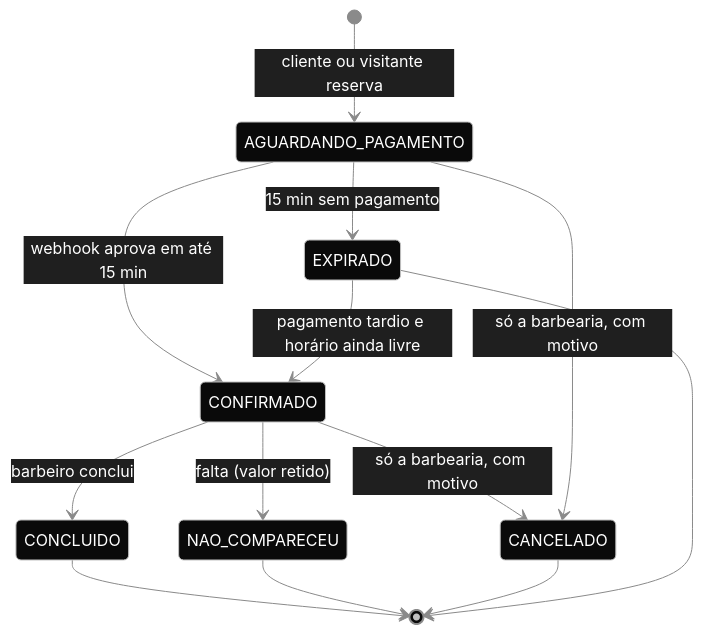
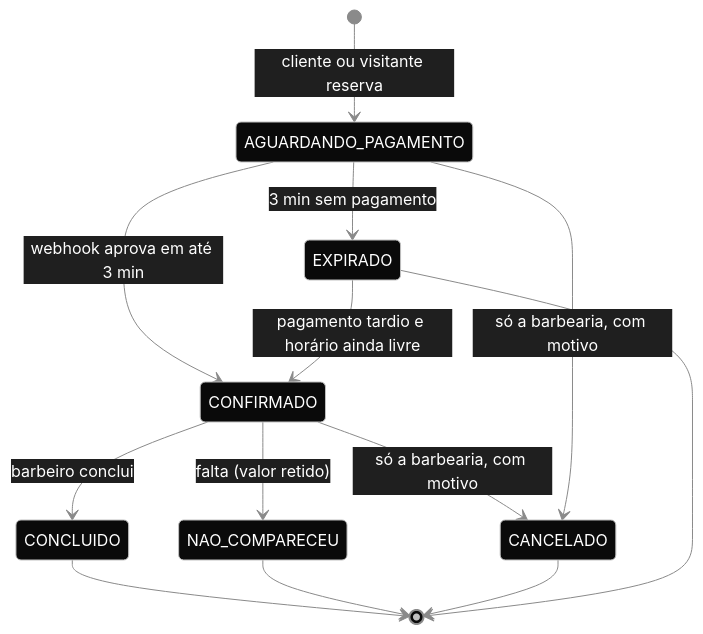
Before and after one commit to k3vinrich4rd/barbearia-altas-horas: the third of 5 diagrams in README.md, drawn with Mermaid. The commit also changed other lines of this file and 11 other files, not shown here.

````diff
--- a/README.md
+++ b/README.md
@@ -296,16 +297,16 @@
 ```mermaid
 %%{init: {'theme':'base','themeVariables':{'primaryColor':'#0A0A0A','primaryTextColor':'#FFFFFF','primaryBorderColor':'#C0C0C0','lineColor':'#8A8A8A','secondaryColor':'#1F1F1F','tertiaryColor':'#2B2B2B','fontFamily':'Helvetica, Arial, sans-serif'}}}%%
 stateDiagram-v2
     [*] --> AGUARDANDO_PAGAMENTO: cliente ou visitante reserva
-    AGUARDANDO_PAGAMENTO --> CONFIRMADO: webhook aprova em até 15 min
-    AGUARDANDO_PAGAMENTO --> EXPIRADO: 15 min sem pagamento
+    AGUARDANDO_PAGAMENTO --> CONFIRMADO: webhook aprova em até 3 min
+    AGUARDANDO_PAGAMENTO --> EXPIRADO: 3 min sem pagamento
     EXPIRADO --> CONFIRMADO: pagamento tardio e horário ainda livre
     CONFIRMADO --> CONCLUIDO: barbeiro conclui
     CONFIRMADO --> NAO_COMPARECEU: falta (valor retido)
     CONFIRMADO --> CANCELADO: só a barbearia, com motivo
     AGUARDANDO_PAGAMENTO --> CANCELADO: só a barbearia, com motivo
     CONCLUIDO --> [*]
     NAO_COMPARECEU --> [*]
     CANCELADO --> [*]
     EXPIRADO --> [*]
 ```
````
